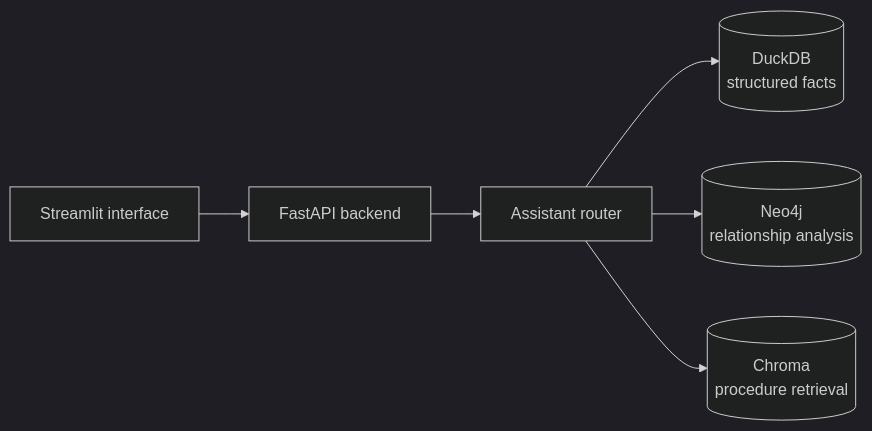
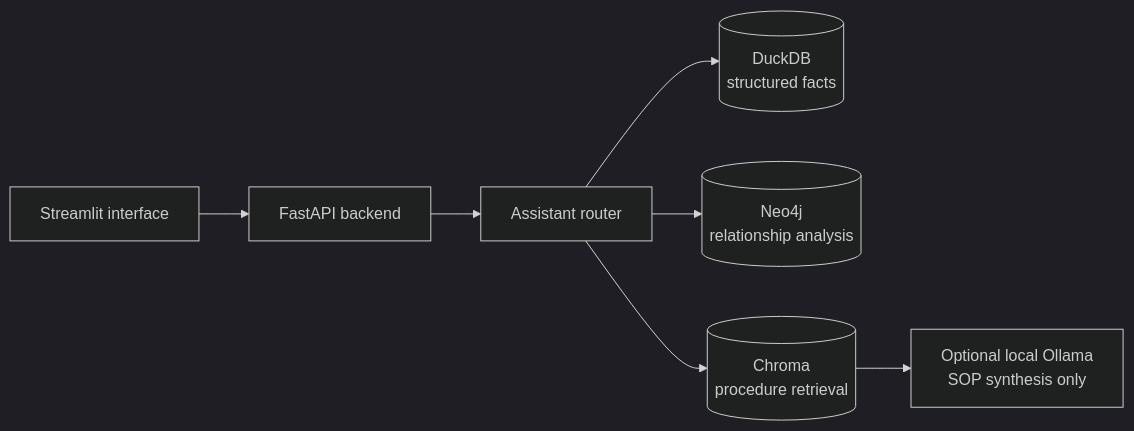
The diagram in README.md (myrhghd/freight-operations-decision-intelligence), drawn with Mermaid (dark theme) before and after one commit. The commit also changed other lines of this file and 3 other files, not shown here.

Commit message:
Document optional local LLM SOP synthesis

````diff
--- a/README.md
+++ b/README.md
@@ -54,8 +59,9 @@
 ```mermaid
 flowchart LR
     UI["Streamlit interface"] --> API["FastAPI backend"]
     API --> Router["Assistant router"]
     Router --> DuckDB[("DuckDB\nstructured facts")]
     Router --> Neo4j[("Neo4j\nrelationship analysis")]
     Router --> Chroma[("Chroma\nprocedure retrieval")]
+    Chroma --> LLM["Optional local Ollama\nSOP synthesis only"]
 ```
````
